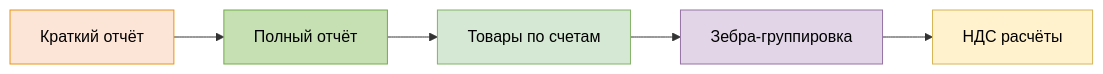
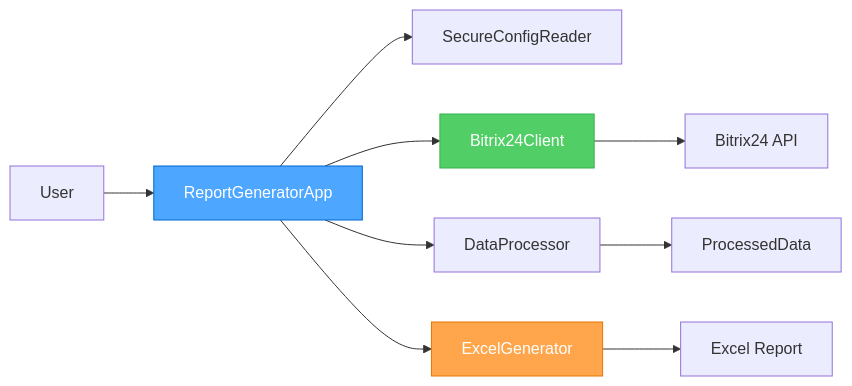
Before and after one commit to bivlked/ReportB24: the diagram in README.md, drawn with Mermaid. The commit also changed other lines of this file and 68 other files, not shown here.

````diff
--- a/README.md
+++ b/README.md
@@ -51,13 +156,16 @@
 ```mermaid
 graph LR
-    A[Краткий отчёт] --> B[Полный отчёт]
-    B --> C[Товары по счетам]
-    C --> D[Зебра-группировка]
-    D --> E[НДС расчёты]
+    User[User] --> App[ReportGeneratorApp]
+    App --> Config[SecureConfigReader]
+    App --> Bitrix[Bitrix24Client]
+    App --> Processor[DataProcessor]
+    App --> Excel[ExcelGenerator]
     
-    style A fill:#FCE4D6,stroke:#E89611,color:black
-    style B fill:#C6E0B4,stroke:#70AD47,color:black
-    style C fill:#D5E8D4,stroke:#82B366,color:black
-    style D fill:#E1D5E7,stroke:#9673A6,color:black
-    style E fill:#FFF2CC,stroke:#D6B656,color:black
+    Bitrix --> API[Bitrix24 API]
+    Processor --> Data[ProcessedData]
+    Excel --> Report[Excel Report]
+    
+    style App fill:#4da6ff,stroke:#0066cc,color:white
+    style Bitrix fill:#51cf66,stroke:#37b24d,color:white
+    style Excel fill:#ffa64d,stroke:#e67700,color:white
 ```
````
